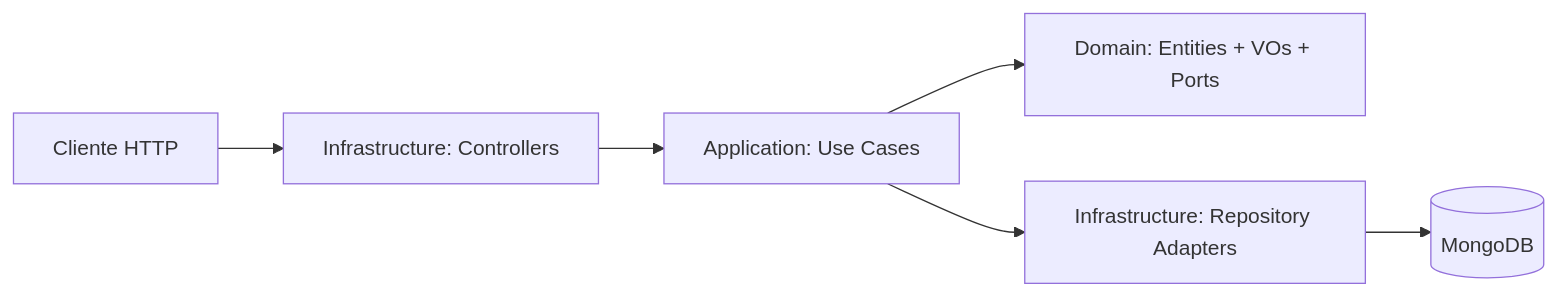
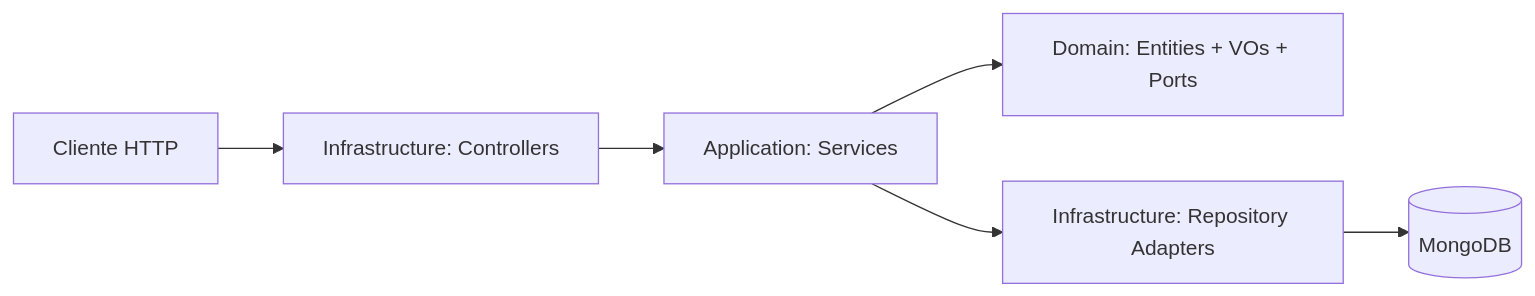
Before and after one commit to RobertoBM21/CTI-platform: the diagram in README.md, drawn with Mermaid. The commit also changed other lines of this file and 72 other files, not shown here.

````diff
--- a/README.md
+++ b/README.md
@@ -47,8 +47,8 @@
 ```mermaid
 flowchart LR
     Client[Cliente HTTP] --> Controller[Infrastructure: Controllers]
-    Controller --> UseCase[Application: Use Cases]
-    UseCase --> Domain[Domain: Entities + VOs + Ports]
-    UseCase --> Repo[Infrastructure: Repository Adapters]
+    Controller --> Service[Application: Services]
+    Service --> Domain[Domain: Entities + VOs + Ports]
+    Service --> Repo[Infrastructure: Repository Adapters]
     Repo --> DB[(MongoDB)]
 ```
````
